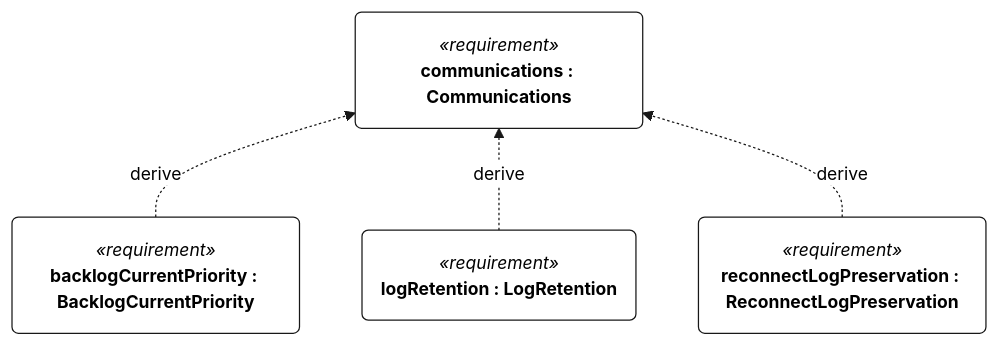
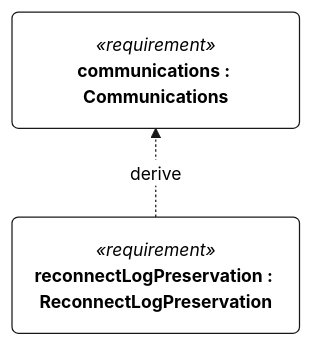
The third of 3 diagrams in docs/figures/requirements-e-005.md (DavidIngraham/sv-blue-dog), drawn with Mermaid before and after one commit. The commit also changed other lines of this file and 130 other files, not shown here.

````diff
--- a/docs/figures/requirements-e-005.md
+++ b/docs/figures/requirements-e-005.md
@@ -123,43 +119,35 @@
 ```mermaid
 ---
 config:
   fontFamily: "Helvetica, Arial, sans-serif"
   theme: base
   themeCSS: ".edgeLabel rect { opacity: 1 !important; } .cluster-label .nodeLabel { text-align: center; }"
   themeVariables:
     fontFamily: "Helvetica, Arial, sans-serif"
     fontSize: "14px"
     primaryColor: "#FFFFFF"
     secondaryColor: "#FFFFFF"
     tertiaryColor: "#FFFFFF"
     background: "#FFFFFF"
     primaryBorderColor: "#181818"
     primaryTextColor: "#000000"
     lineColor: "#181818"
     textColor: "#000000"
     noteBkgColor: "#FEFFDD"
     noteBorderColor: "#181818"
     noteTextColor: "#000000"
     clusterBkg: "#FFFFFF"
     clusterBorder: "#181818"
     edgeLabelBackground: "#FFFFFF"
 ---
 %% BlueDogViews::communications3 — requirement rendering (view def GeneralView, filter @RequirementUsage)
-%% not represented: 216 node(s) without a position, left undrawn, and 412 edge(s) at them
+%% not represented: 123 node(s) without a position, left undrawn, and 181 edge(s) at them
 %% layout: n0 x=0 y=0
 %% layout: n1 x=0 y=200
-%% layout: n2 x=300 y=200
-%% layout: n3 x=600 y=200
 flowchart BT
   n0("`*«requirement»*
 **communications : Communications**`")
   n1("`*«requirement»*
-**backlogCurrentPriority : BacklogCurrentPriority**`")
-  n2("`*«requirement»*
-**logRetention : LogRetention**`")
-  n3("`*«requirement»*
 **reconnectLogPreservation : ReconnectLogPreservation**`")
   n1 -.->|"derive"| n0
-  n2 -.->|"derive"| n0
-  n3 -.->|"derive"| n0
 ```
````
